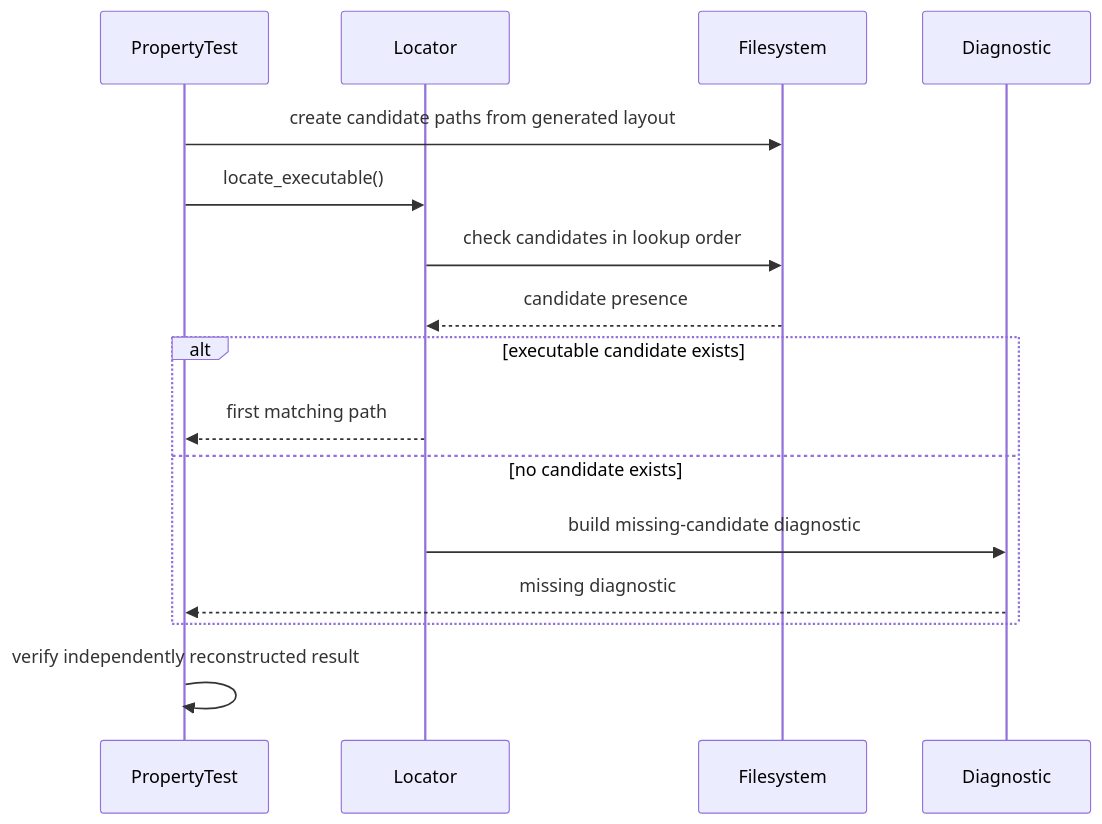
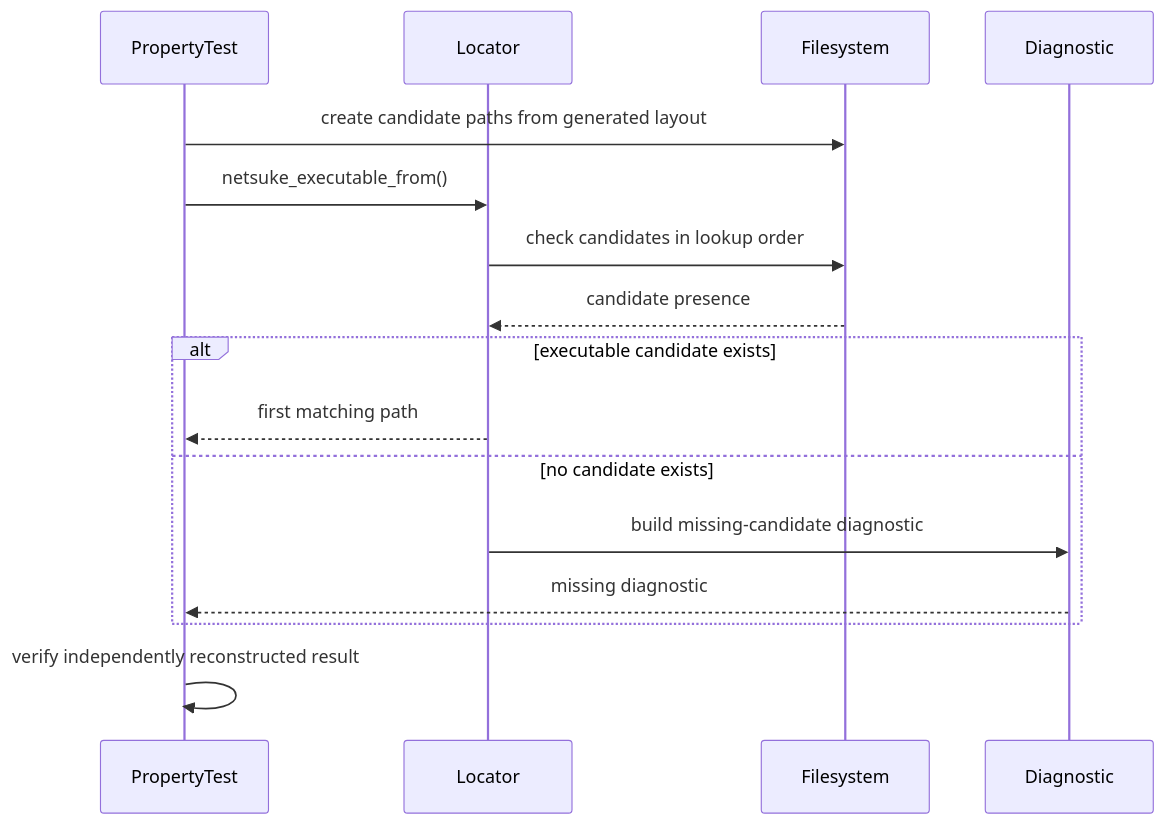
One commit to leynos/netsuke changed diagram 11 of 15 in docs/netsuke-design.md. Above: the diagram before and after it, drawn with Mermaid. The commit also changed 1 other file, not shown here.

Commit message:
Harden locator property fixtures (#533)
Exclude Windows-reserved components and the sole presence-mask alias.\n\nAlign the design diagram with the locator API exercised by the\nproperty test.

````diff
--- a/docs/netsuke-design.md
+++ b/docs/netsuke-design.md
@@ -2324,19 +2324,19 @@
 ```mermaid
 sequenceDiagram
     participant PropertyTest
     participant Locator
     participant Filesystem
     participant Diagnostic
 
     PropertyTest->>Filesystem: create candidate paths from generated layout
-    PropertyTest->>Locator: locate_executable()
+    PropertyTest->>Locator: netsuke_executable_from()
     Locator->>Filesystem: check candidates in lookup order
     Filesystem-->>Locator: candidate presence
     alt executable candidate exists
         Locator-->>PropertyTest: first matching path
     else no candidate exists
         Locator->>Diagnostic: build missing-candidate diagnostic
         Diagnostic-->>PropertyTest: missing diagnostic
     end
     PropertyTest->>PropertyTest: verify independently reconstructed result
 ```
````
